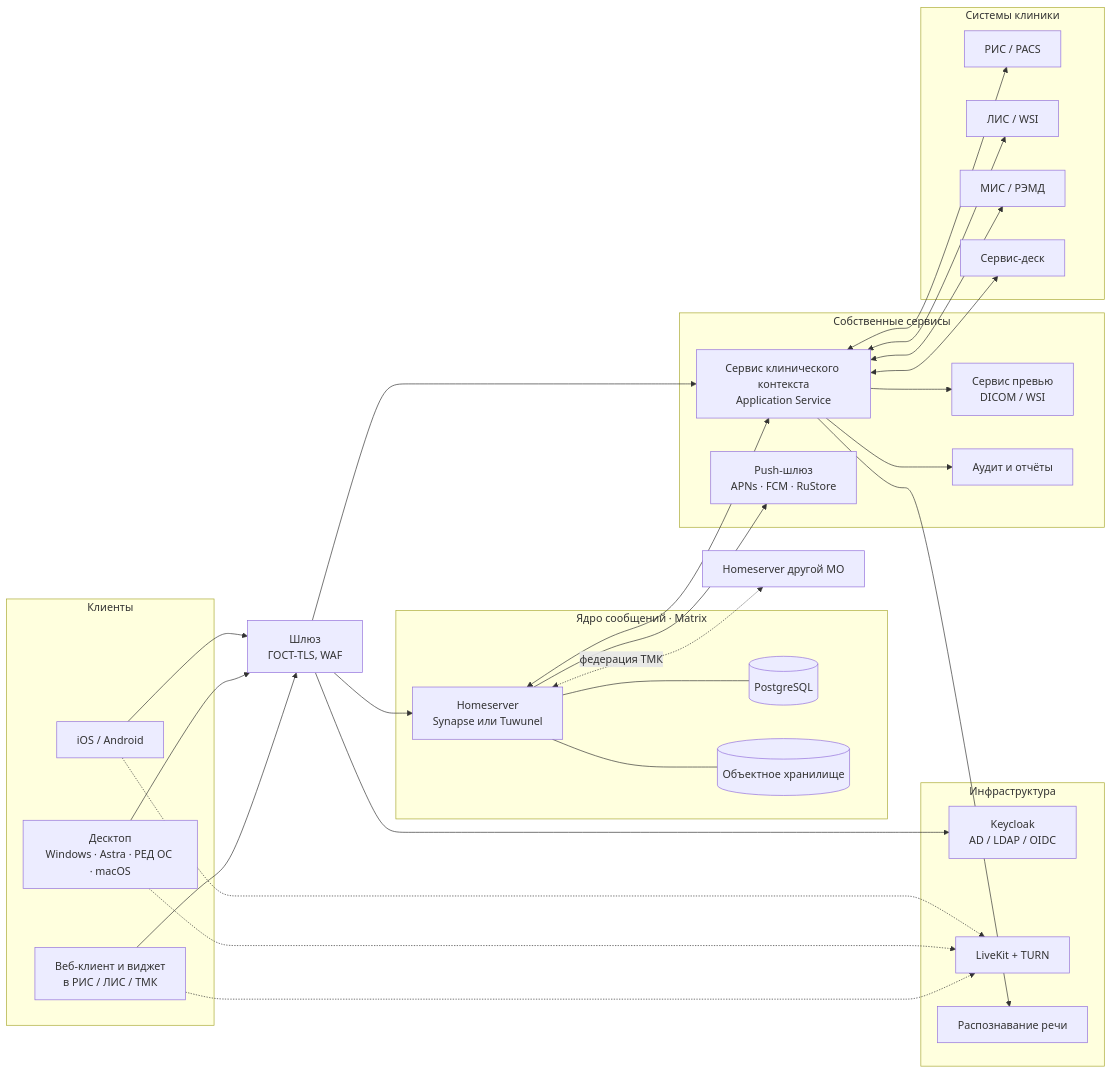
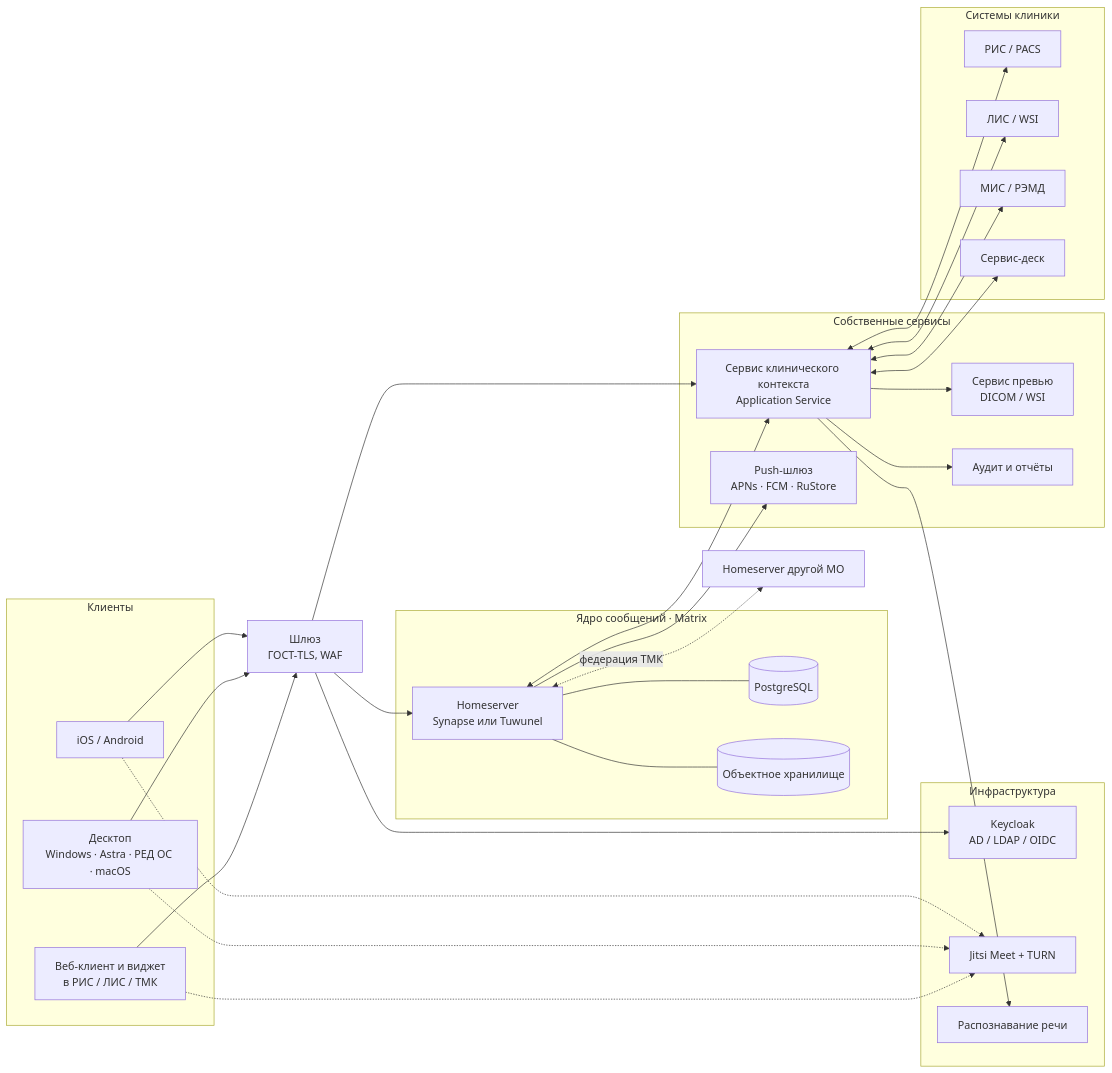
Before and after one commit to Joesanches/talkarch: the diagram in docs/01-concept.md, drawn with Mermaid. The commit also changed other lines of this file and 4 other files, not shown here.

````diff
--- a/docs/01-concept.md
+++ b/docs/01-concept.md
@@ -131,52 +133,52 @@
 ```mermaid
 flowchart LR
   subgraph clients["Клиенты"]
     W["Веб-клиент и виджет<br/>в РИС / ЛИС / ТМК"]
     D["Десктоп<br/>Windows · Astra · РЕД ОС · macOS"]
     M["iOS / Android"]
   end
   E["Шлюз<br/>ГОСТ-TLS, WAF"]
   subgraph core["Ядро сообщений · Matrix"]
     HS["Homeserver<br/>Synapse или Tuwunel"]
     DB[("PostgreSQL")]
     S3[("Объектное хранилище")]
   end
   subgraph own["Собственные сервисы"]
     CCS["Сервис клинического контекста<br/>Application Service"]
     PRE["Сервис превью<br/>DICOM / WSI"]
     PUSH["Push-шлюз<br/>APNs · FCM · RuStore"]
     AUD["Аудит и отчёты"]
   end
   subgraph infra["Инфраструктура"]
     IDP["Keycloak<br/>AD / LDAP / OIDC"]
-    RTC["LiveKit + TURN"]
+    RTC["Jitsi Meet + TURN"]
     ASR["Распознавание речи"]
   end
   subgraph hospital["Системы клиники"]
     RIS["РИС / PACS"]
     LIS["ЛИС / WSI"]
     MIS["МИС / РЭМД"]
     SD["Сервис-деск"]
   end
   W --> E
   D --> E
   M --> E
   E --> HS
   E --> CCS
   E --> IDP
   HS --- DB
   HS --- S3
   HS <--> CCS
   HS --> PUSH
   CCS <--> RIS
   CCS <--> LIS
   CCS <--> MIS
   CCS <--> SD
   CCS --> PRE
   CCS --> AUD
   CCS --> ASR
   W -.-> RTC
   D -.-> RTC
   M -.-> RTC
   HS <-.->|"федерация ТМК"| HS2["Homeserver другой МО"]
 ```
````
